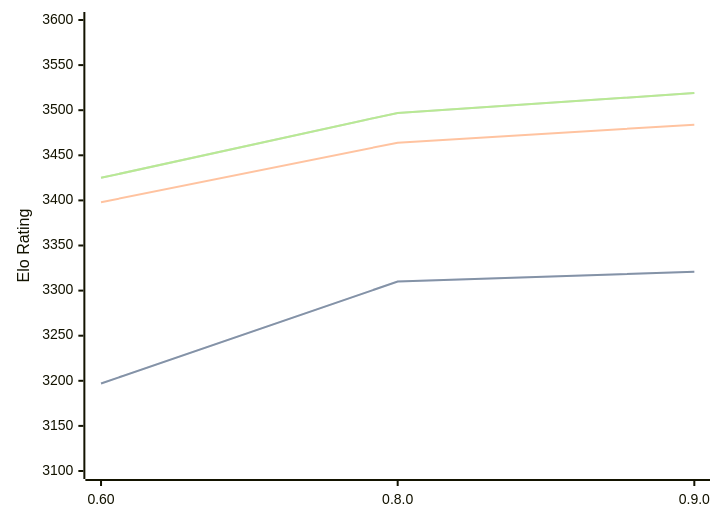
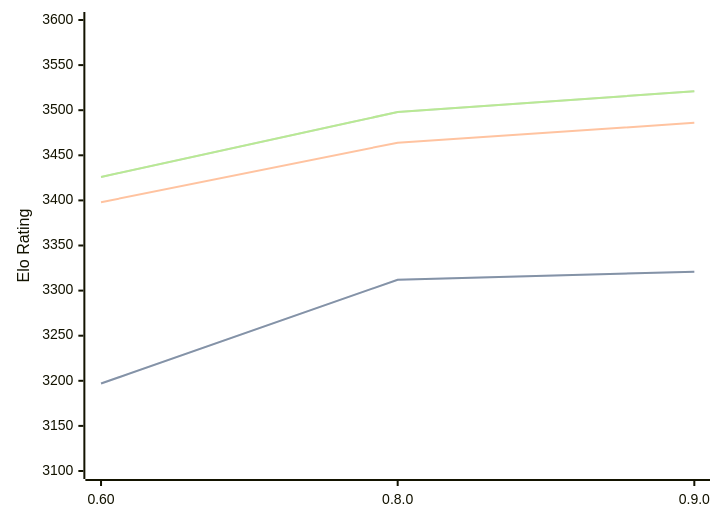
One commit to computer-chess-index/cci changed the diagram in engines/Motor.md. Above: the diagram before and after it, drawn with Mermaid. The commit also changed other lines of this file, not shown here.

Commit message:
Update CCI Ratings (ELO VLTC) - 2026-07-23

````diff
--- a/engines/Motor.md
+++ b/engines/Motor.md
@@ -39,11 +39,11 @@
 ```mermaid
 %%{init: {"theme":"base","themeVariables":{"seriesColors:['#a3a3a3','#222221','#faa371']}}}%%
 xychart-beta
   x-axis ["0.60", "0.8.0", "0.9.0"]
   y-axis "Elo Rating" 3100 --> 3600
-  line "STC (8.0+0.08s)" [3197, 3310, 3321]
-  line "STC (8.0+0.08s)" [3197, 3310, 3321]
-  line "LTC (60.0+0.60s)" [3398, 3464, 3484]
-  line "VLTC (2m24s+1.12s)" [3425, 3497, 3519]
-  line "VLTC (2m24s+1.12s)" [3425, 3497, 3519]
+  line "STC (8.0+0.08s)" [3197, 3312, 3321]
+  line "STC (8.0+0.08s)" [3197, 3312, 3321]
+  line "LTC (60.0+0.60s)" [3398, 3464, 3486]
+  line "VLTC (2m24s+1.12s)" [3426, 3498, 3521]
+  line "VLTC (2m24s+1.12s)" [3426, 3498, 3521]
 ```
````
